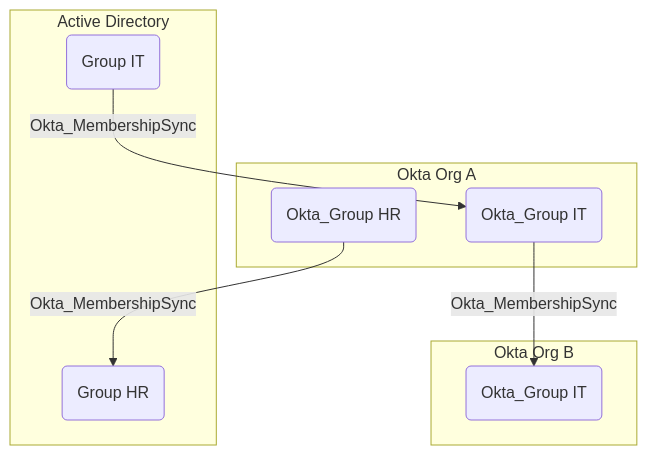
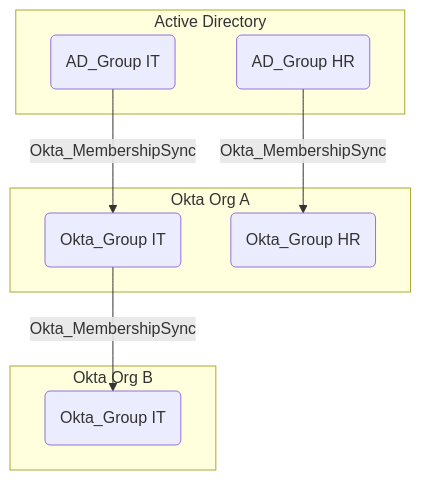
One commit to SpecterOps/openhound-okta changed the first of 2 diagrams in descriptions/edges/Okta_MembershipSync.md. Above: the diagram before and after it, drawn with Mermaid. The commit also changed other lines of this file and 46 other files, not shown here.

````diff
--- a/descriptions/edges/Okta_MembershipSync.md
+++ b/descriptions/edges/Okta_MembershipSync.md
@@ -5,17 +5,17 @@
 ```mermaid
 graph TB
   subgraph ad["Active Directory"]
-    adg1("Group IT")
-    adg2("Group HR")
+    adg1("AD_Group IT")
+    adg2("AD_Group HR")
   end
   subgraph okta["Okta Org A"]
     g1("Okta_Group IT")
     g2("Okta_Group HR")
     adg1 -- Okta_MembershipSync --> g1
-    g2 -- Okta_MembershipSync --> adg2
+    adg2 -- Okta_MembershipSync --> g2
   end
   subgraph okta2["Okta Org B"]
     g3("Okta_Group IT")
     g1 -- Okta_MembershipSync --> g3
   end
 ```
````
